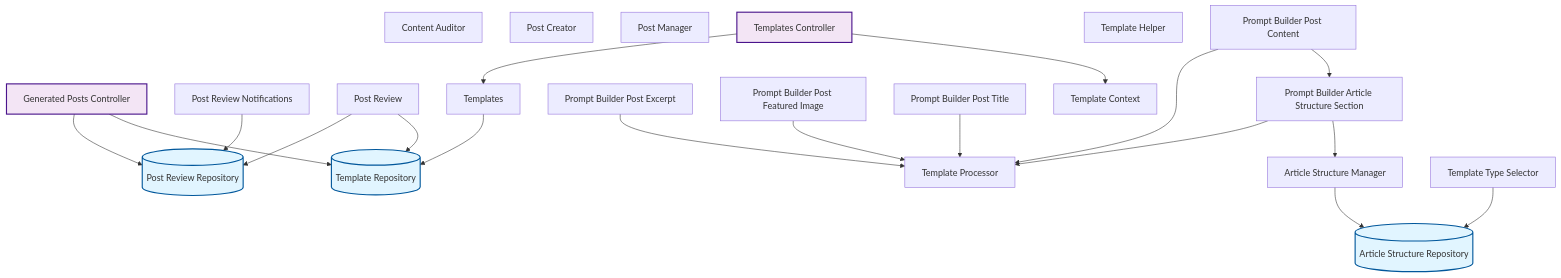
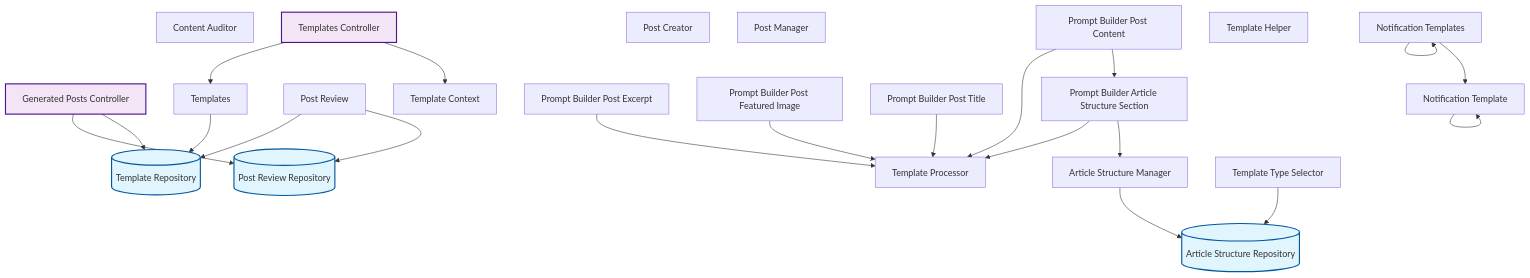
Before and after one commit to rpnunez/wp-ai-scheduler: the fourth of 10 diagrams in docs/feature-report.md, drawn with Mermaid. The commit also changed other lines of this file and 1 other file, not shown here.

````diff
--- a/docs/feature-report.md
+++ b/docs/feature-report.md
@@ -200,50 +199,53 @@
 ```mermaid
 flowchart TD
     %% Content Management Architecture
 
     Article_Structure_Manager["Article Structure Manager"]
     Article_Structure_Repository[("Article Structure Repository")]
     Content_Auditor["Content Auditor"]
     Generated_Posts_Controller["Generated Posts Controller"]
+    Notification_Template["Notification Template"]
+    Notification_Templates["Notification Templates"]
     Post_Creator["Post Creator"]
     Post_Manager["Post Manager"]
-    Post_Review_Notifications["Post Review Notifications"]
     Post_Review_Repository[("Post Review Repository")]
     Post_Review["Post Review"]
     Prompt_Builder_Article_Structure_Section["Prompt Builder Article Structure Section"]
     Prompt_Builder_Post_Content["Prompt Builder Post Content"]
     Prompt_Builder_Post_Excerpt["Prompt Builder Post Excerpt"]
     Prompt_Builder_Post_Featured_Image["Prompt Builder Post Featured Image"]
     Prompt_Builder_Post_Title["Prompt Builder Post Title"]
     Template_Context["Template Context"]
     Template_Helper["Template Helper"]
     Template_Processor["Template Processor"]
     Template_Repository[("Template Repository")]
     Template_Type_Selector["Template Type Selector"]
     Templates_Controller["Templates Controller"]
     Templates["Templates"]
 
     Article_Structure_Manager --> Article_Structure_Repository
     Generated_Posts_Controller --> Template_Repository
     Generated_Posts_Controller --> Post_Review_Repository
-    Post_Review_Notifications --> Post_Review_Repository
+    Notification_Template --> Notification_Template
+    Notification_Templates --> Notification_Template
+    Notification_Templates --> Notification_Templates
+    Post_Review --> Post_Review_Repository
     Post_Review --> Template_Repository
-    Post_Review --> Post_Review_Repository
     Prompt_Builder_Article_Structure_Section --> Article_Structure_Manager
     Prompt_Builder_Article_Structure_Section --> Template_Processor
     Prompt_Builder_Post_Content --> Prompt_Builder_Article_Structure_Section
     Prompt_Builder_Post_Content --> Template_Processor
     Prompt_Builder_Post_Excerpt --> Template_Processor
     Prompt_Builder_Post_Featured_Image --> Template_Processor
     Prompt_Builder_Post_Title --> Template_Processor
     Template_Type_Selector --> Article_Structure_Repository
     Templates_Controller --> Template_Context
     Templates_Controller --> Templates
     Templates --> Template_Repository
 
     classDef repository fill:#e1f5ff,stroke:#01579b,stroke-width:2px
     classDef service fill:#fff3e0,stroke:#e65100,stroke-width:2px
     classDef controller fill:#f3e5f5,stroke:#4a148c,stroke-width:2px
     class Article_Structure_Repository,Post_Review_Repository,Template_Repository repository
     class Generated_Posts_Controller,Templates_Controller controller
 ```
````
